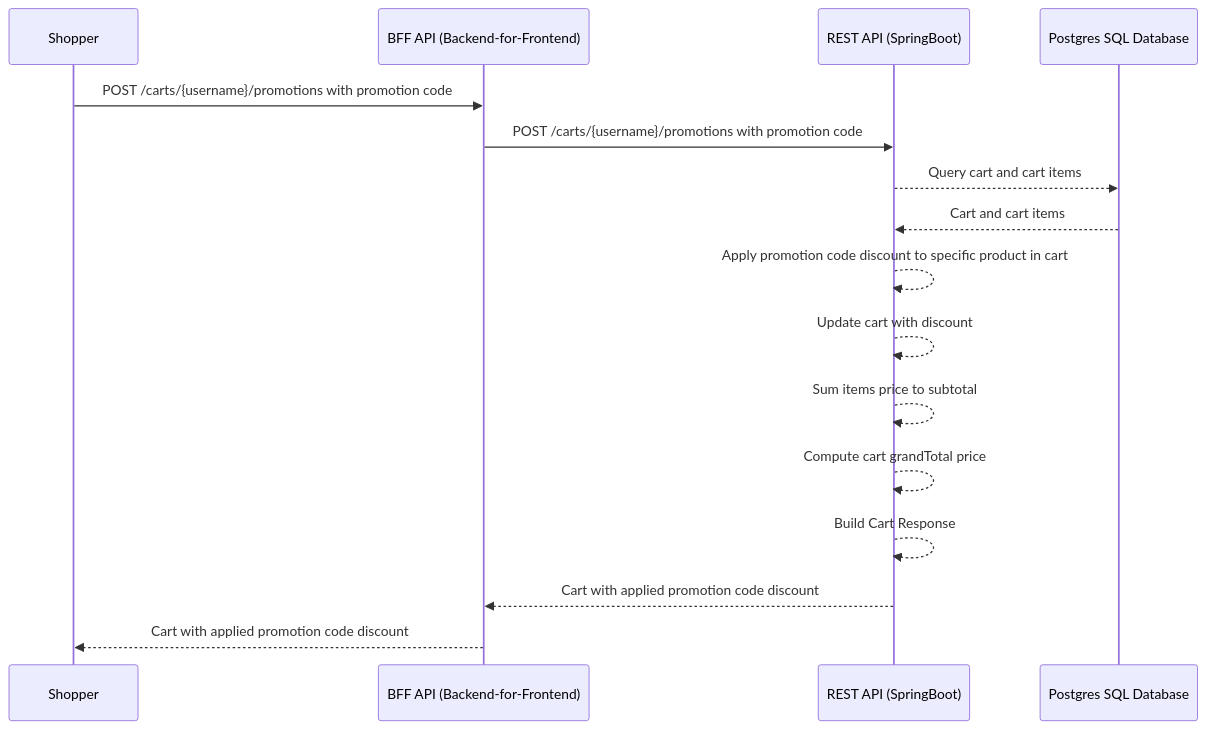
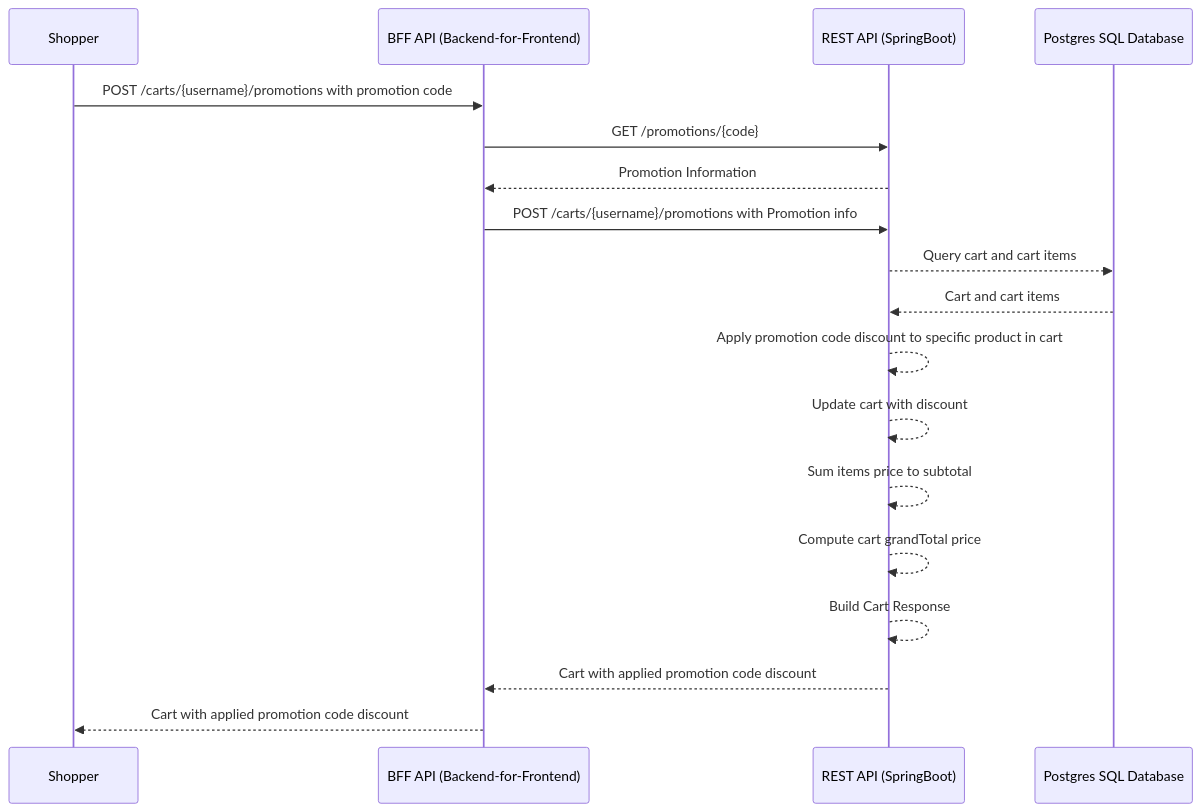
The third of 4 diagrams in Backlogs.md (KBTG-Kampus-ClassNest-SE-Java/workshop), drawn with Mermaid before and after one commit. The commit also changed other lines of this file, not shown here.

Commit message:
update diagram

````diff
--- a/Backlogs.md
+++ b/Backlogs.md
@@ -563,19 +563,21 @@
 ```mermaid
 sequenceDiagram
     participant Shopper as Shopper
     participant BFF as BFF API (Backend-for-Frontend)
     participant API as REST API (SpringBoot)
     participant DB as Postgres SQL Database
 
     Shopper->>BFF: POST /carts/{username}/promotions with promotion code
-    BFF->>API: POST /carts/{username}/promotions with promotion code
+    BFF->>API: GET /promotions/{code}
+    API-->>BFF: Promotion Information
+    BFF->>API: POST /carts/{username}/promotions with Promotion info
     API-->>DB: Query cart and cart items
     DB-->>API: Cart and cart items
     API-->>API: Apply promotion code discount to specific product in cart
     API-->>API: Update cart with discount
     API-->>API: Sum items price to subtotal
     API-->>API: Compute cart grandTotal price
     API-->>API: Build Cart Response
     API-->>BFF: Cart with applied promotion code discount
     BFF-->>Shopper: Cart with applied promotion code discount
 ```
````
